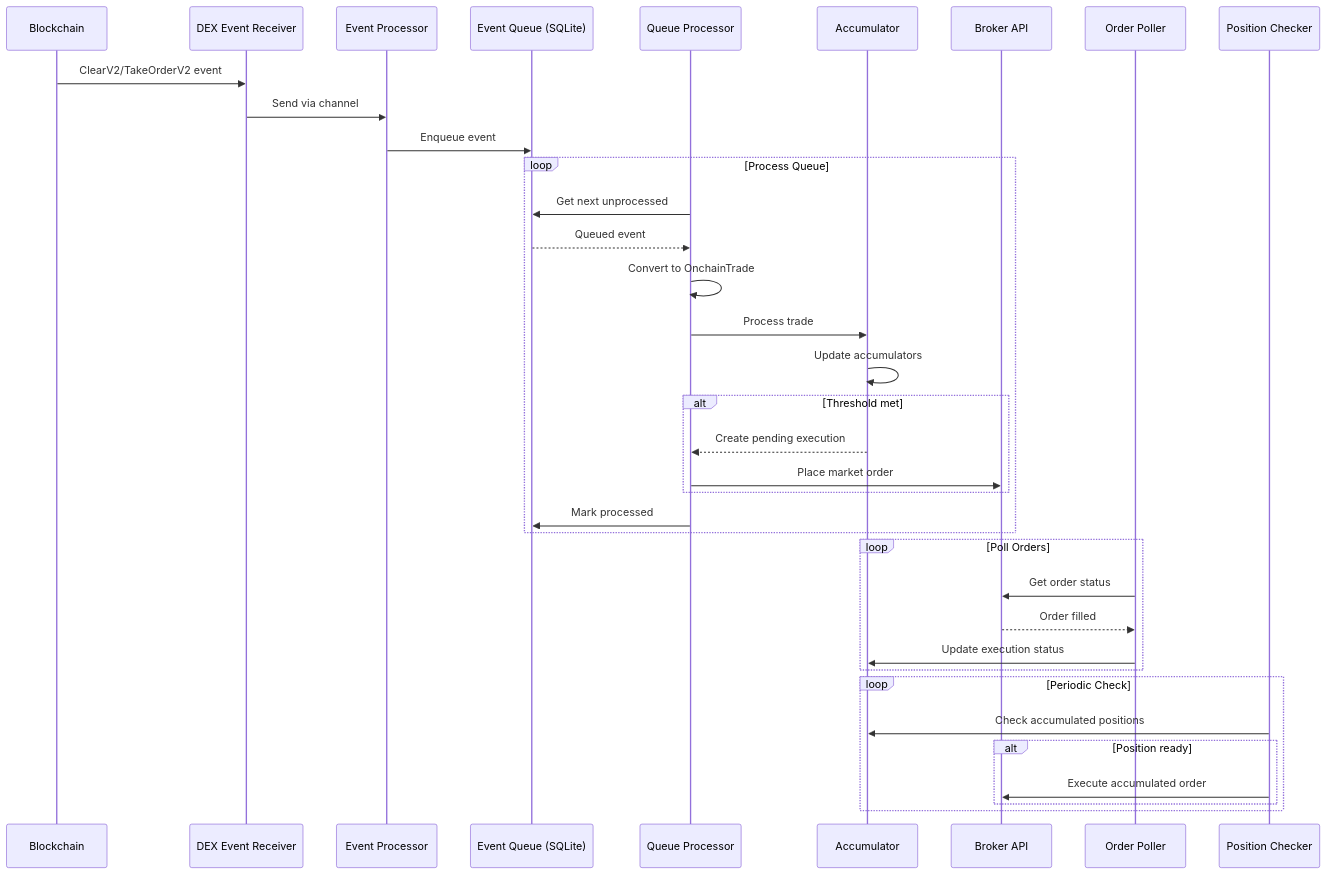
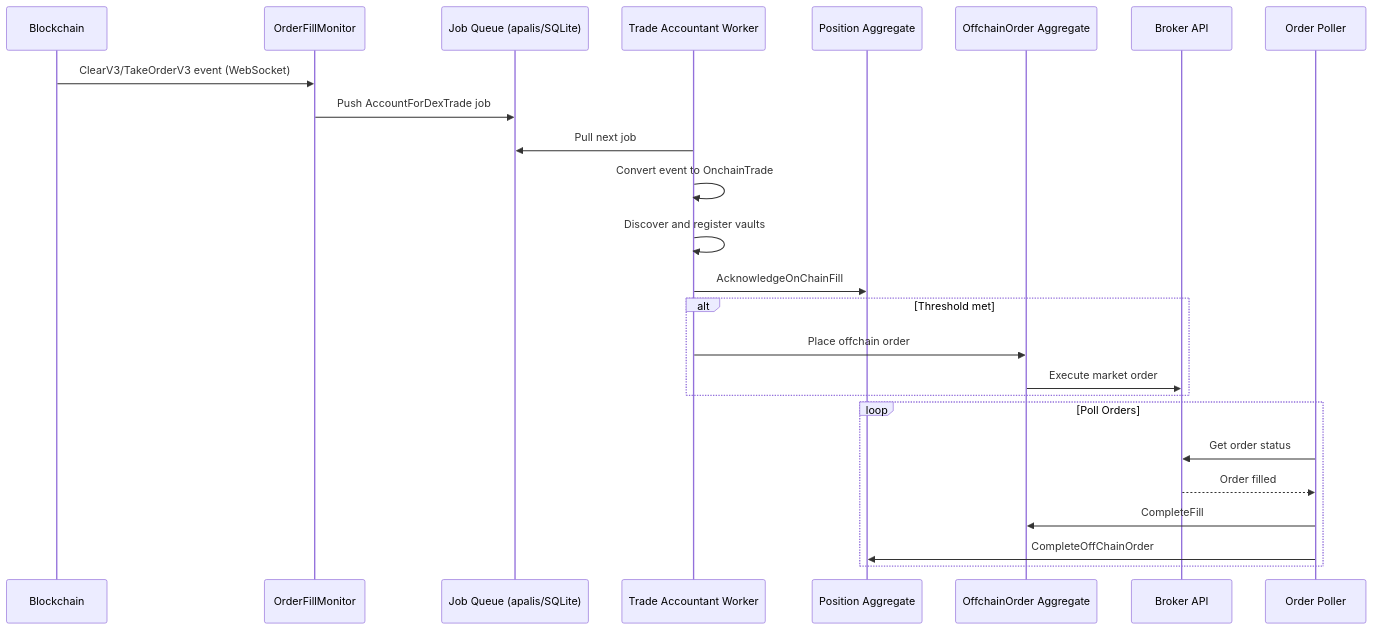
One commit to ST0x-Technology/st0x.liquidity changed the seventh of 8 diagrams in SPEC.md. Above: the diagram before and after it, drawn with Mermaid. The commit also changed other lines of this file and 57 other files, not shown here.

````diff
--- a/SPEC.md
+++ b/SPEC.md
@@ -2095,42 +2160,30 @@
 ```mermaid
 sequenceDiagram
     participant BC as Blockchain
-    participant DER as DEX Event Receiver
-    participant EP as Event Processor
-    participant Q as Event Queue (SQLite)
-    participant QP as Queue Processor
-    participant Acc as Accumulator
+    participant OFM as OrderFillMonitor
+    participant Q as Job Queue (apalis/SQLite)
+    participant W as Trade Accountant Worker
+    participant P as Position Aggregate
+    participant OO as OffchainOrder Aggregate
     participant Broker as Broker API
     participant OP as Order Poller
-    participant PC as Position Checker
 
-    BC->>DER: ClearV2/TakeOrderV2 event
-    DER->>EP: Send via channel
-    EP->>Q: Enqueue event
+    BC->>OFM: ClearV3/TakeOrderV3 event (WebSocket)
+    OFM->>Q: Push AccountForDexTrade job
 
-    loop Process Queue
-        QP->>Q: Get next unprocessed
-        Q-->>QP: Queued event
-        QP->>QP: Convert to OnchainTrade
-        QP->>Acc: Process trade
-        Acc->>Acc: Update accumulators
-        alt Threshold met
-            Acc-->>QP: Create pending execution
-            QP->>Broker: Place market order
-        end
-        QP->>Q: Mark processed
+    W->>Q: Pull next job
+    W->>W: Convert event to OnchainTrade
+    W->>W: Discover and register vaults
+    W->>P: AcknowledgeOnChainFill
+    alt Threshold met
+        W->>OO: Place offchain order
+        OO->>Broker: Execute market order
     end
 
     loop Poll Orders
         OP->>Broker: Get order status
         Broker-->>OP: Order filled
-        OP->>Acc: Update execution status
-    end
-
-    loop Periodic Check
-        PC->>Acc: Check accumulated positions
-        alt Position ready
-            PC->>Broker: Execute accumulated order
-        end
+        OP->>OO: CompleteFill
+        OP->>P: CompleteOffChainOrder
     end
 ```
````
